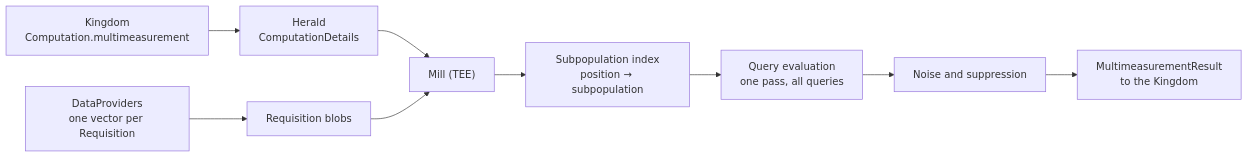
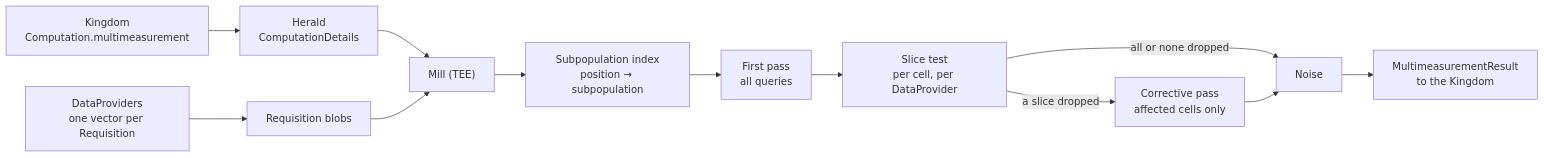
Before and after one commit to world-federation-of-advertisers/cross-media-measurement: the diagram in docs/trustee/v2-mill-evaluation.md, drawn with Mermaid. The commit also changed other lines of this file, not shown here.

Commit message:
docs: Describe the corrective pass for dropped slices.

````diff
--- a/docs/trustee/v2-mill-evaluation.md
+++ b/docs/trustee/v2-mill-evaluation.md
@@ -18,11 +18,14 @@
 ```mermaid
 flowchart LR
   K["Kingdom<br/>Computation.multimeasurement"] --> H["Herald<br/>ComputationDetails"]
   D["DataProviders<br/>one vector per Requisition"] --> B["Requisition blobs"]
   H --> M["Mill (TEE)"]
   B --> M
   M --> I["Subpopulation index<br/>position → subpopulation"]
-  I --> E["Query evaluation<br/>one pass, all queries"]
-  E --> N["Noise and suppression"]
+  I --> E["First pass<br/>all queries"]
+  E --> S["Slice test<br/>per cell, per DataProvider"]
+  S -- "a slice dropped" --> C["Corrective pass<br/>affected cells only"]
+  S -- "all or none dropped" --> N["Noise"]
+  C --> N
   N --> R["MultimeasurementResult<br/>to the Kingdom"]
 ```
````
